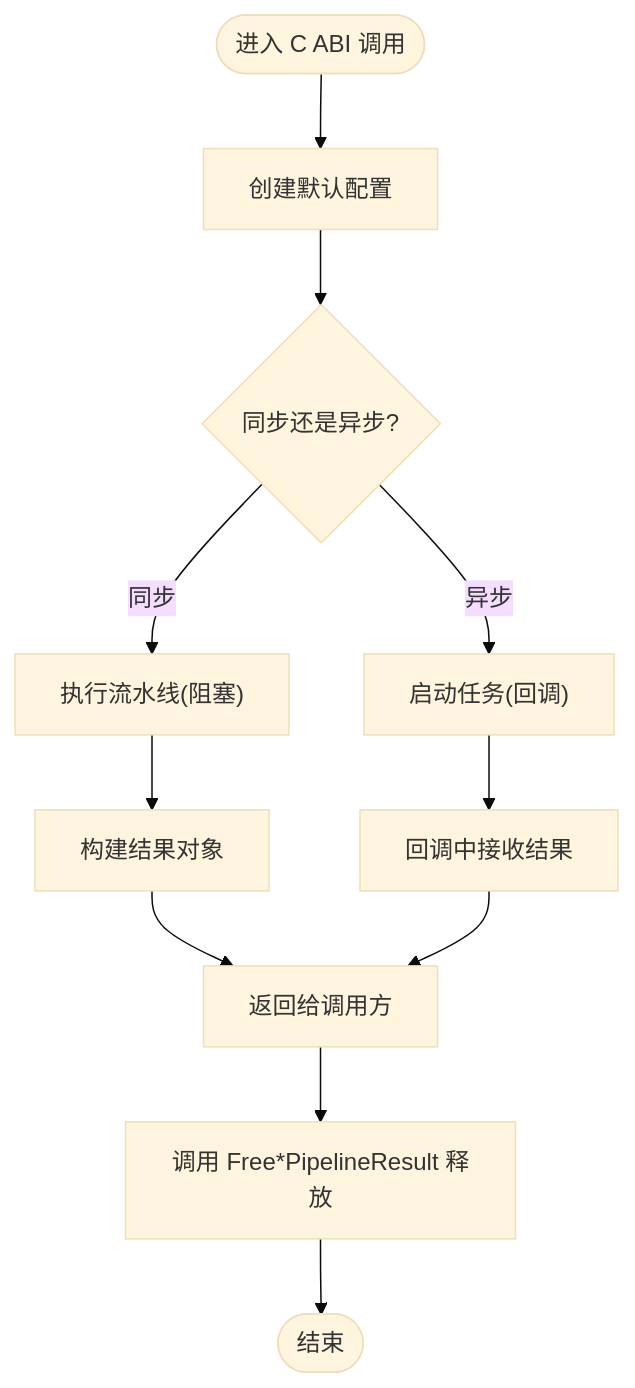
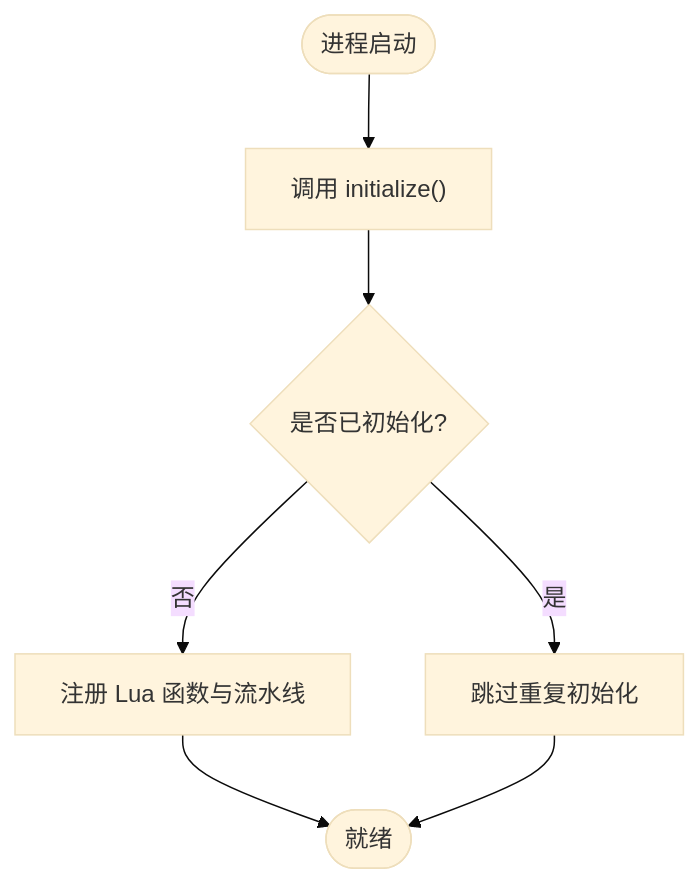
One commit to hsmbanlance/HsBaSlicer changed the fourth of 9 diagrams in .qoder/repowiki/zh/content/API 参考文档/API 参考文档.md. Above: the diagram before and after it, drawn with Mermaid (base theme). The commit also changed other lines of this file and 1135 other files, not shown here.

````diff
--- a/.qoder/repowiki/zh/content/API 参考文档/API 参考文档.md
+++ b/.qoder/repowiki/zh/content/API 参考文档/API 参考文档.md
@@ -150,13 +181,9 @@
 ```mermaid
 flowchart TD
-Start(["进入 C ABI 调用"]) --> CreateCfg["创建默认配置"]
-CreateCfg --> RunSync{"同步还是异步?"}
-RunSync --> |同步| ExecSync["执行流水线(阻塞)"]
-RunSync --> |异步| ExecAsync["启动任务(回调)"]
-ExecSync --> BuildRes["构建结果对象"]
-ExecAsync --> Callback["回调中接收结果"]
-BuildRes --> ReturnRes["返回给调用方"]
-Callback --> ReturnRes
-ReturnRes --> FreeRes["调用 Free*PipelineResult 释放"]
-FreeRes --> End(["结束"])
+Start(["进程启动"]) --> Init["调用 initialize()"]
+Init --> Ready{"是否已初始化?"}
+Ready --> |是| Skip["跳过重复初始化"]
+Ready --> |否| Register["注册 Lua 函数与流水线"]
+Register --> Done(["就绪"])
+Skip --> Done
 ```
````
